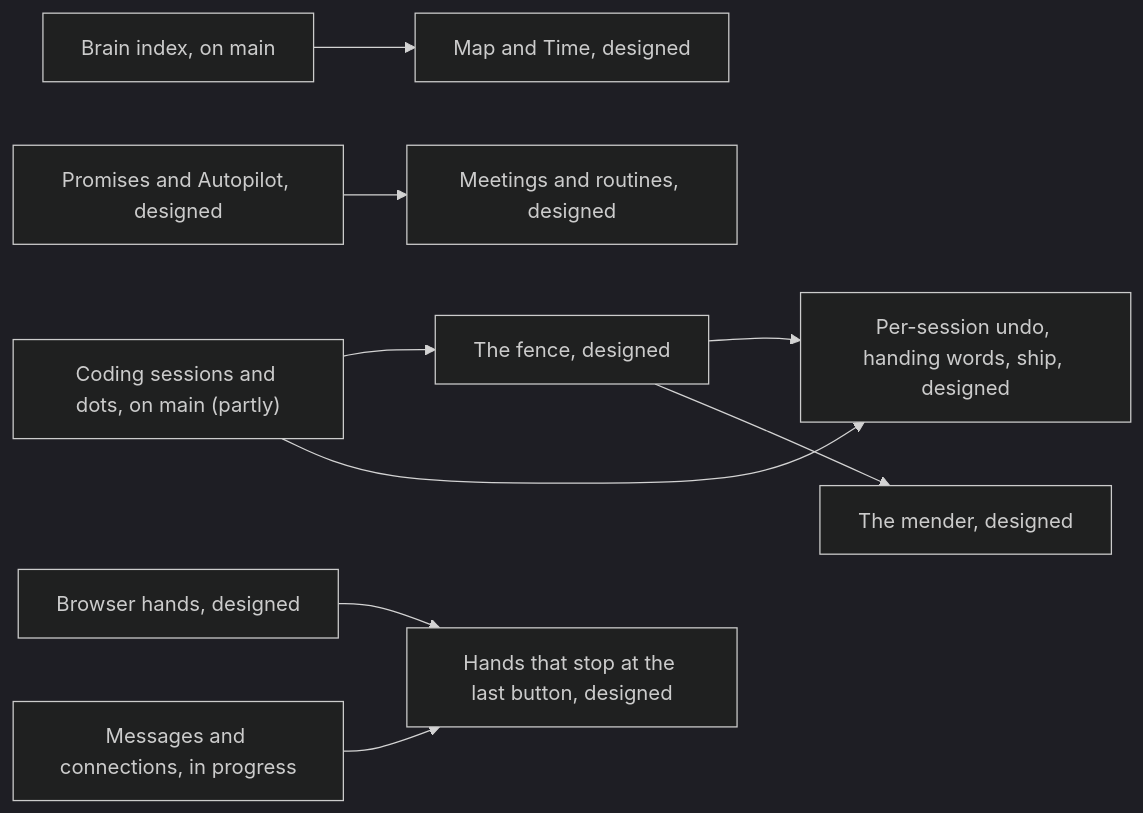
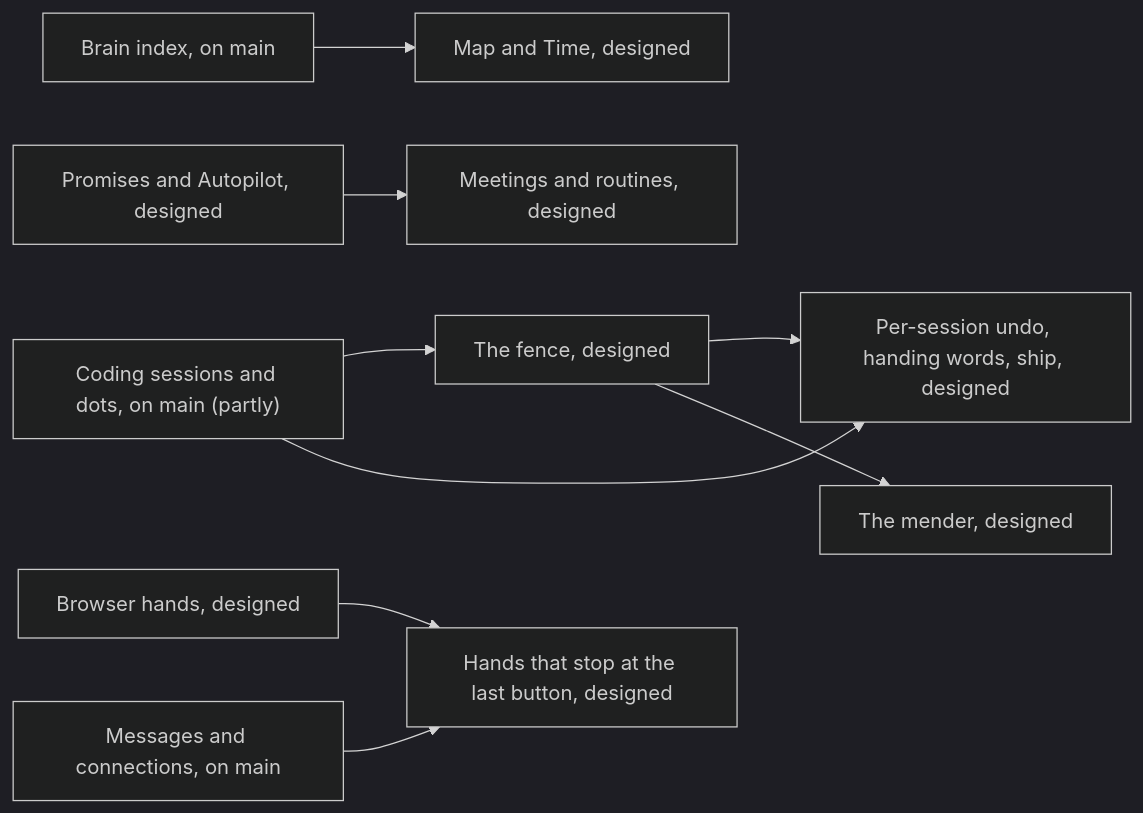
The diagram in docs/roadmap.md (thedefaultman/Bombadil), drawn with Mermaid (dark theme) before and after one commit. The commit also changed other lines of this file and 8 other files, not shown here.

First line of the commit message:
docs: overview, roadmap, history, README and AGENTS up to date with messages and connections and Your desk

````diff
--- a/docs/roadmap.md
+++ b/docs/roadmap.md
@@ -81,22 +82,22 @@
 ```mermaid
 flowchart LR
     S["Coding sessions and dots, on main (partly)"]
     F["The fence, designed"]
     P["Per-session undo, handing words, ship, designed"]
     M["The mender, designed"]
     B["Brain index, on main"]
     T["Map and Time, designed"]
     A["Promises and Autopilot, designed"]
     D["Meetings and routines, designed"]
     H["Browser hands, designed"]
-    C["Messages and connections, in progress"]
+    C["Messages and connections, on main"]
     L["Hands that stop at the last button, designed"]
     S --> F
     S --> P
     F --> P
     F --> M
     B --> T
     A --> D
     H --> L
     C --> L
 ```
````
